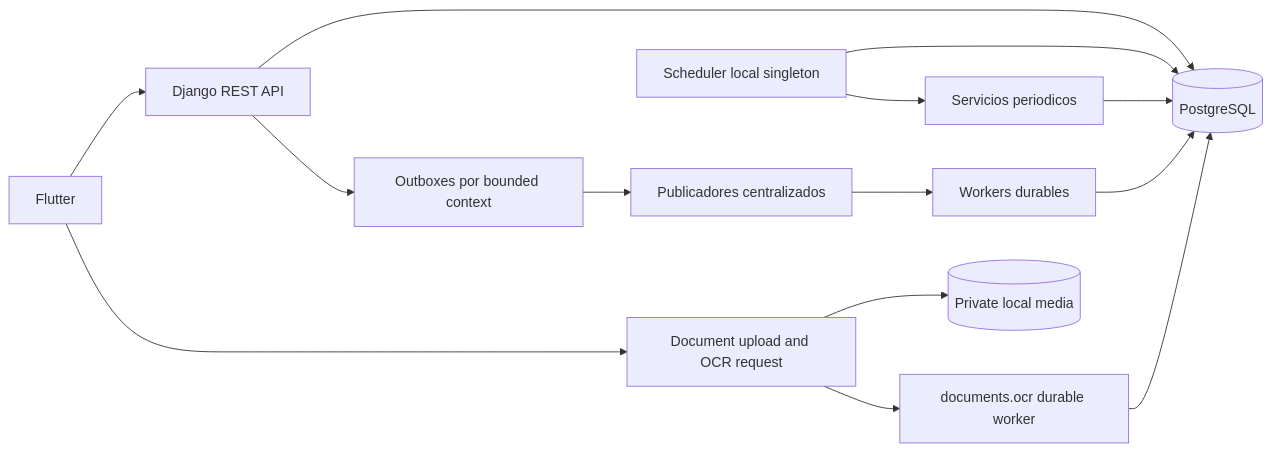
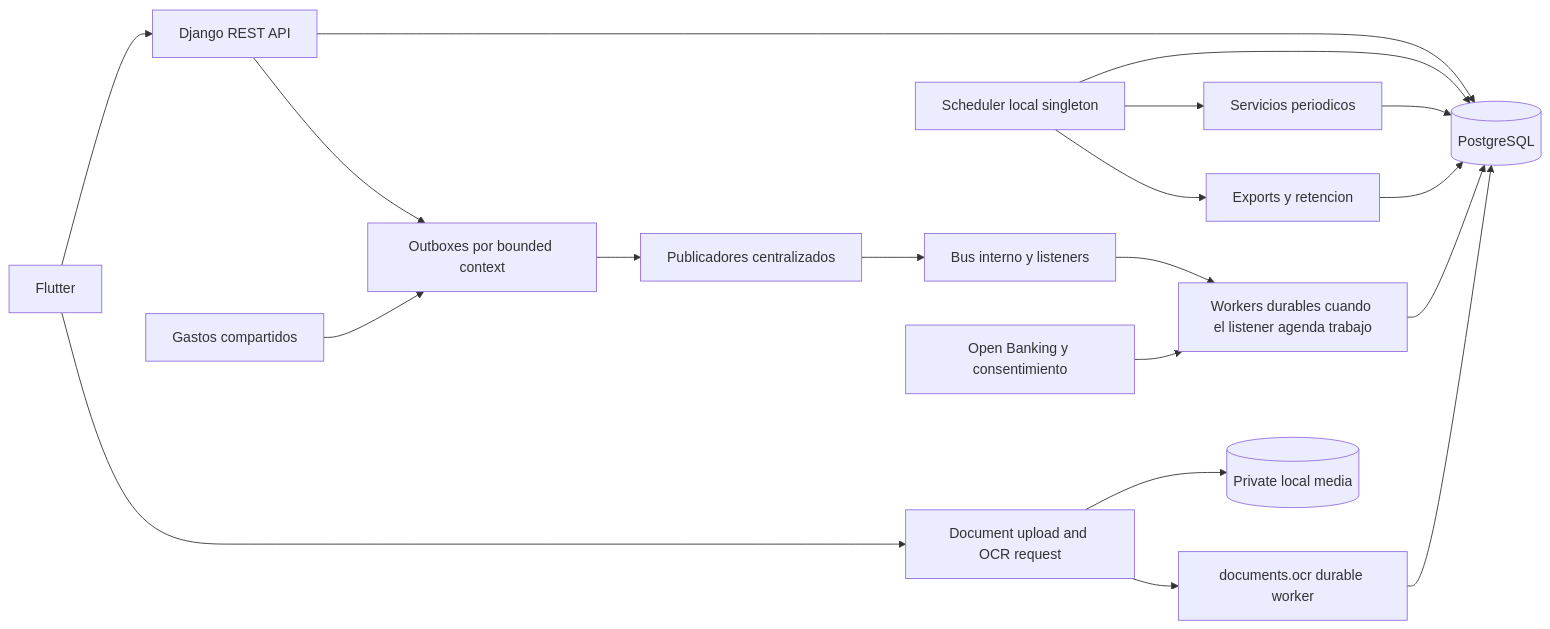
The diagram in docs/ARCHITECTURE_LOCAL_FIRST.md (Jhon32-hue/Vexxo_Backend_API), drawn with Mermaid before and after one commit. The commit also changed other lines of this file and 103 other files, not shown here.

````diff
--- a/docs/ARCHITECTURE_LOCAL_FIRST.md
+++ b/docs/ARCHITECTURE_LOCAL_FIRST.md
@@ -11,16 +11,21 @@
 ```mermaid
 flowchart LR
     F[Flutter] --> A[Django REST API]
     A --> P[(PostgreSQL)]
     A --> O[Outboxes por bounded context]
     O --> E[Publicadores centralizados]
-    E --> W[Workers durables]
+    E --> B[Bus interno y listeners]
+    B --> W[Workers durables cuando el listener agenda trabajo]
     W --> P
     S[Scheduler local singleton] --> P
     S --> J[Servicios periodicos]
     J --> P
     F --> D[Document upload and OCR request]
     D --> M[(Private local media)]
     D --> Q[documents.ocr durable worker]
     Q --> P
+    OB[Open Banking y consentimiento] --> W
+    SH[Gastos compartidos] --> O
+    S --> R[Exports y retencion]
+    R --> P
 ```
````
